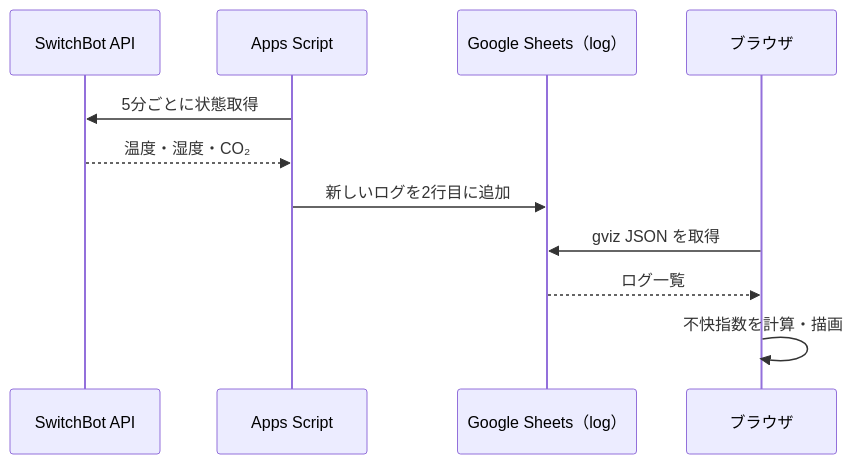
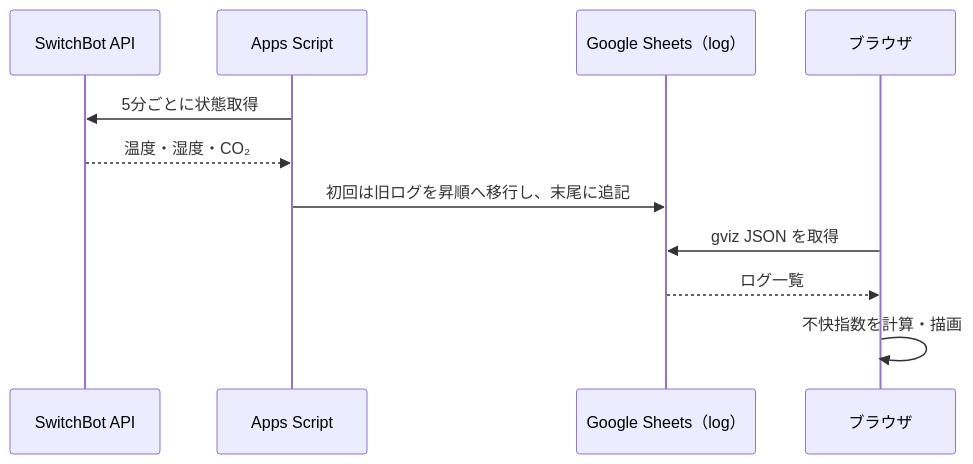
Before and after one commit to naoiw/switchbot-logger: the diagram in docs/SPEC.md, drawn with Mermaid. The commit also changed other lines of this file and 5 other files, not shown here.

````diff
--- a/docs/SPEC.md
+++ b/docs/SPEC.md
@@ -9,13 +9,13 @@
 ```mermaid
 sequenceDiagram
   participant Sensor as SwitchBot API
   participant GAS as Apps Script
   participant Sheet as Google Sheets（log）
   participant UI as ブラウザ
   GAS->>Sensor: 5分ごとに状態取得
   Sensor-->>GAS: 温度・湿度・CO₂
-  GAS->>Sheet: 新しいログを2行目に追加
+  GAS->>Sheet: 初回は旧ログを昇順へ移行し、末尾に追記
   UI->>Sheet: gviz JSON を取得
   Sheet-->>UI: ログ一覧
   UI->>UI: 不快指数を計算・描画
 ```
````
